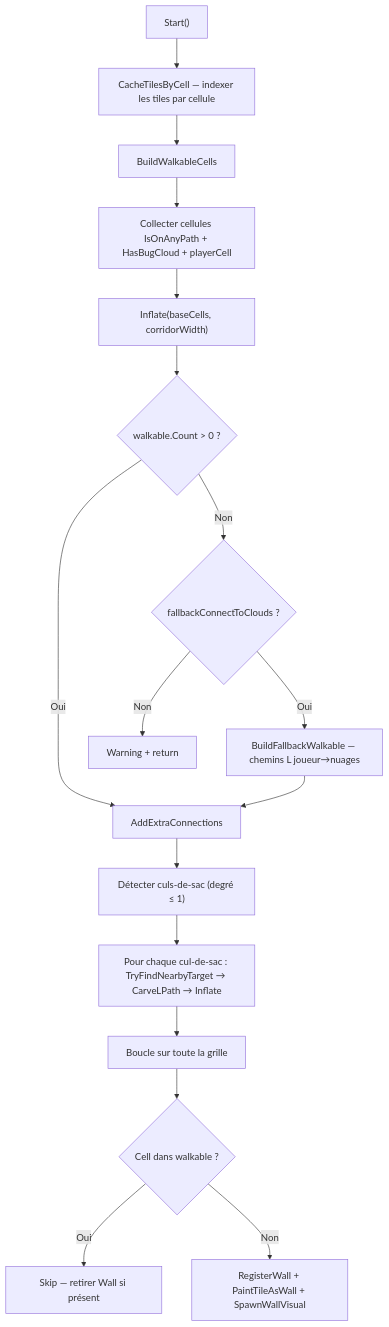
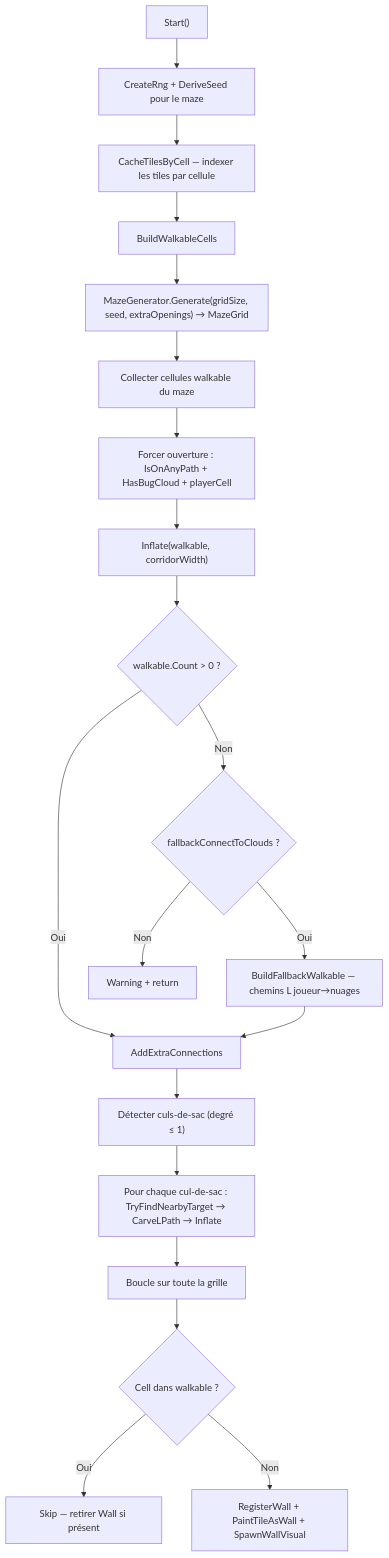
The third of 13 diagrams in Docs/TDD.md (PierreChagnon/BUGS), drawn with Mermaid before and after one commit. The commit also changed other lines of this file, not shown here.

````diff
--- a/Docs/TDD.md
+++ b/Docs/TDD.md
@@ -337,21 +367,24 @@
 ```mermaid
 graph TD
-    A["Start()"] --> B[CacheTilesByCell — indexer les tiles par cellule]
-    B --> C[BuildWalkableCells]
-    C --> D["Collecter cellules IsOnAnyPath + HasBugCloud + playerCell"]
-    D --> E["Inflate(baseCells, corridorWidth)"]
+    A["Start()"] --> B["CreateRng + DeriveSeed pour le maze"]
+    B --> C[CacheTilesByCell — indexer les tiles par cellule]
+    C --> D[BuildWalkableCells]
+    D --> D1["MazeGenerator.Generate(gridSize, seed, extraOpenings) → MazeGrid"]
+    D1 --> D2["Collecter cellules walkable du maze"]
+    D2 --> D3["Forcer ouverture : IsOnAnyPath + HasBugCloud + playerCell"]
+    D3 --> E["Inflate(walkable, corridorWidth)"]
     E --> F{walkable.Count > 0 ?}
     F -->|Non| G{fallbackConnectToClouds ?}
     G -->|Oui| H["BuildFallbackWalkable — chemins L joueur→nuages"]
     G -->|Non| I[Warning + return]
     F -->|Oui| J[AddExtraConnections]
     H --> J
 
     J --> K["Détecter culs-de-sac (degré ≤ 1)"]
     K --> L["Pour chaque cul-de-sac : TryFindNearbyTarget → CarveLPath → Inflate"]
 
     L --> M["Boucle sur toute la grille"]
     M --> N{Cell dans walkable ?}
     N -->|Oui| O[Skip — retirer Wall si présent]
     N -->|Non| P["RegisterWall + PaintTileAsWall + SpawnWallVisual"]
 ```
````
